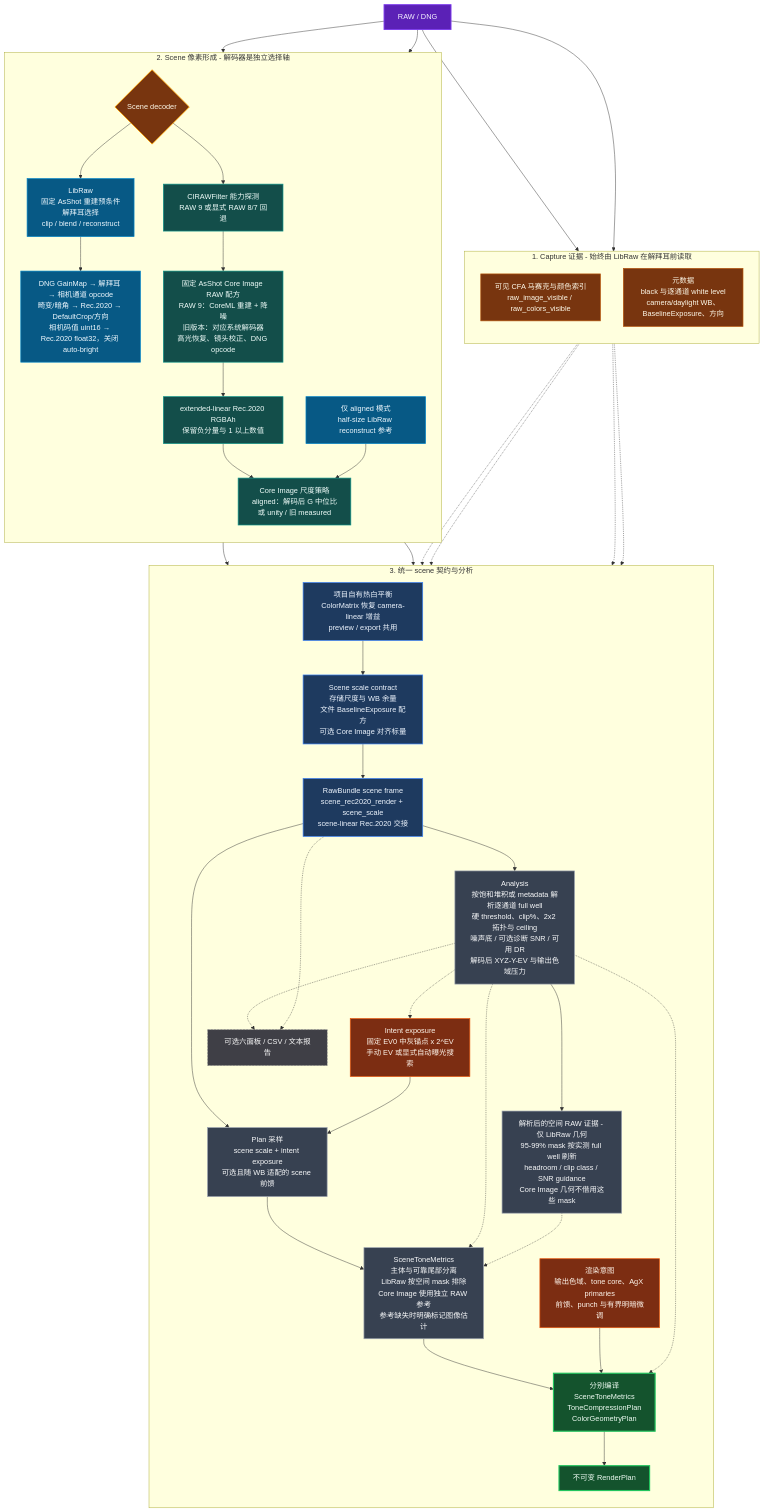
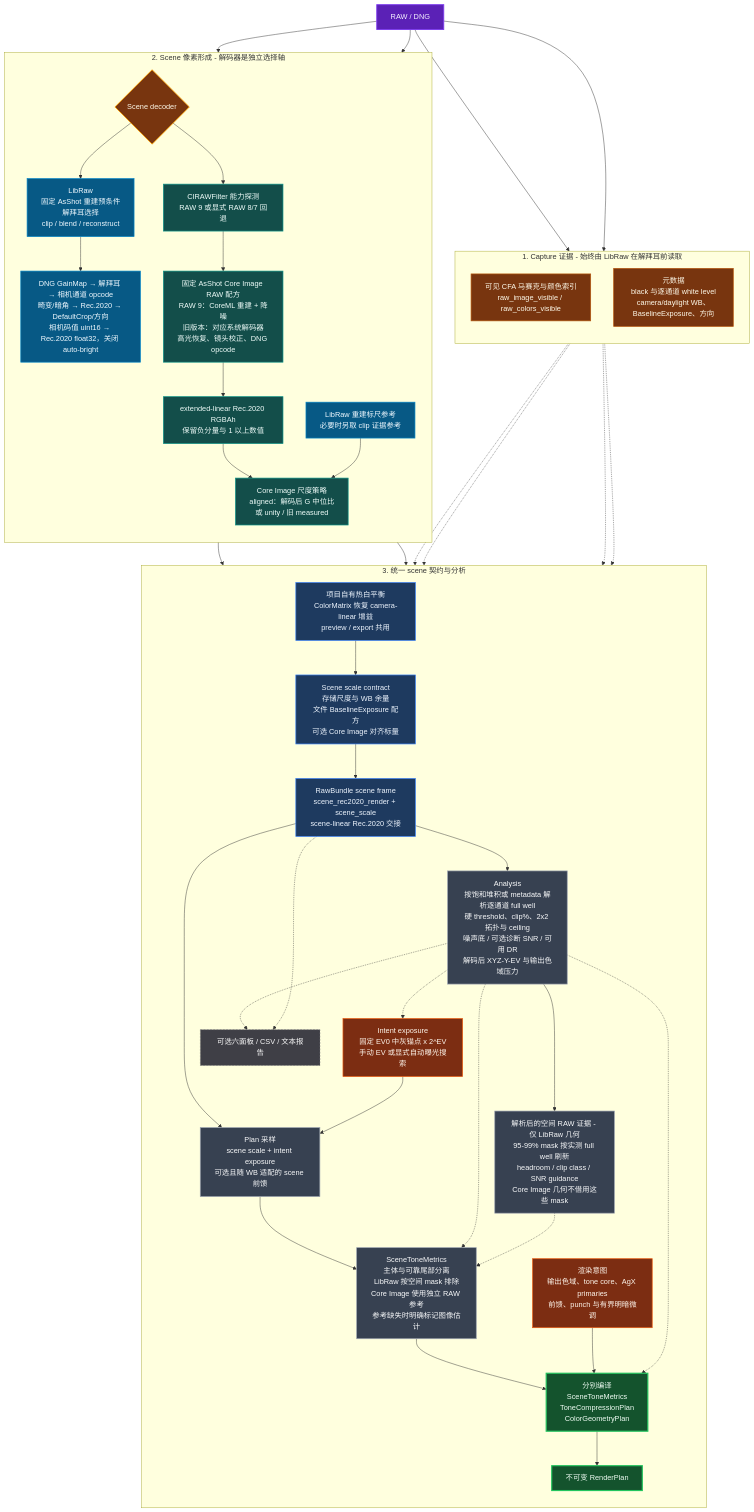
The first of 2 diagrams in docs/ARCHITECTURE.zh-CN.md (Gen-416/AgXRAW), drawn with Mermaid before and after one commit. The commit also changed other lines of this file and 27 other files, not shown here.

```diff
--- a/docs/ARCHITECTURE.zh-CN.md
+++ b/docs/ARCHITECTURE.zh-CN.md
@@ -90,7 +90,7 @@
         CIPROBE["CIRAWFilter 能力探测<br/>RAW 9 或显式 RAW 8/7 回退"]
         CI["固定 AsShot Core Image RAW 配方<br/>RAW 9：CoreML 重建 + 降噪<br/>旧版本：对应系统解码器<br/>高光恢复、镜头校正、DNG opcode"]
         CIRGB["extended-linear Rec.2020 RGBAh<br/>保留负分量与 1 以上数值"]
-        LRREF["仅 aligned 模式<br/>half-size LibRaw reconstruct 参考"]
+        LRREF["LibRaw 重建标尺参考<br/>必要时另取 clip 证据参考"]
         ALIGN["Core Image 尺度策略<br/>aligned：解码后 G 中位比<br/>或 unity / 旧 measured"]
         SELECT --> LR --> LRRGB
         SELECT --> CIPROBE --> CI --> CIRGB --> ALIGN
```
